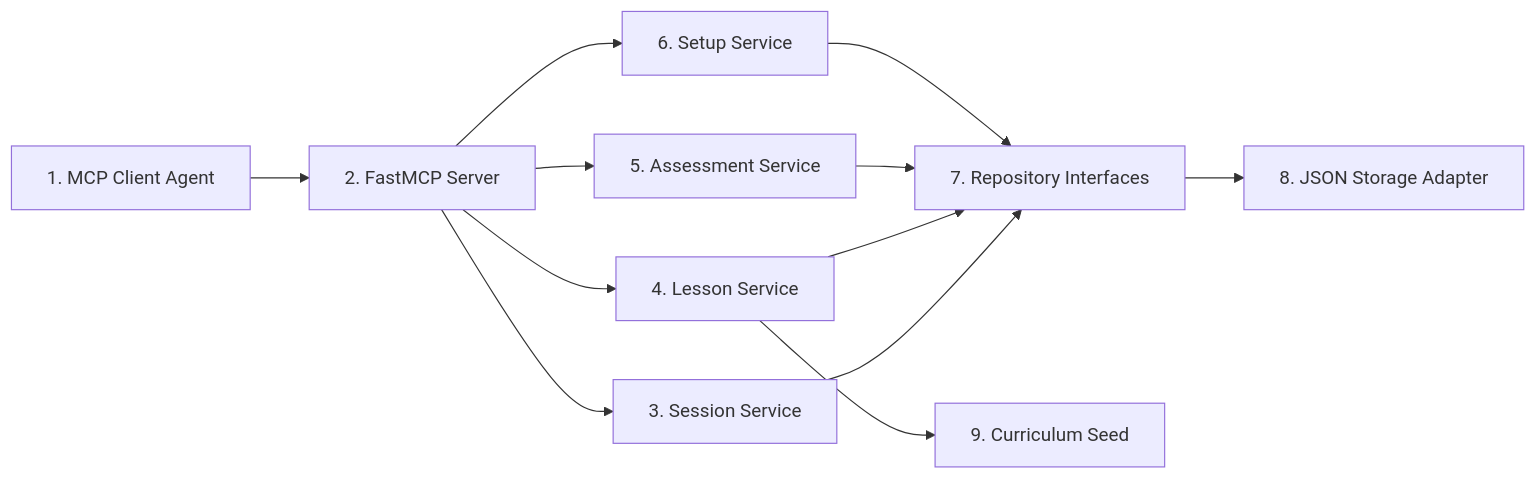
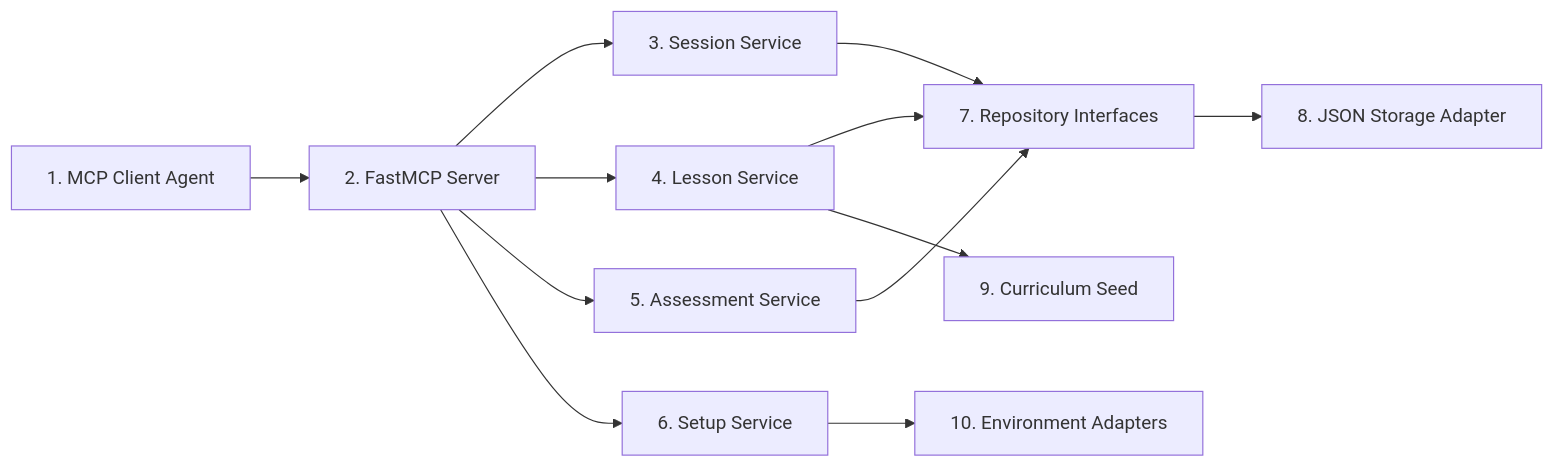
The diagram in docs/lld-mcp-server.md (melaniesifen/RustSensei), drawn with Mermaid before and after one commit. The commit also changed other lines of this file and 4 other files, not shown here.

````diff
--- a/docs/lld-mcp-server.md
+++ b/docs/lld-mcp-server.md
@@ -275,14 +432,14 @@
 ```mermaid
 flowchart LR
     Agent["1. MCP Client Agent"] --> Server["2. FastMCP Server"]
     Server --> Session["3. Session Service"]
     Server --> Lesson["4. Lesson Service"]
     Server --> Assess["5. Assessment Service"]
     Server --> Setup["6. Setup Service"]
     Session --> Repos["7. Repository Interfaces"]
     Lesson --> Repos
     Assess --> Repos
-    Setup --> Repos
+    Setup --> Env["10. Environment Adapters"]
     Repos --> Json["8. JSON Storage Adapter"]
     Lesson --> Curriculum["9. Curriculum Seed"]
 ```
````
